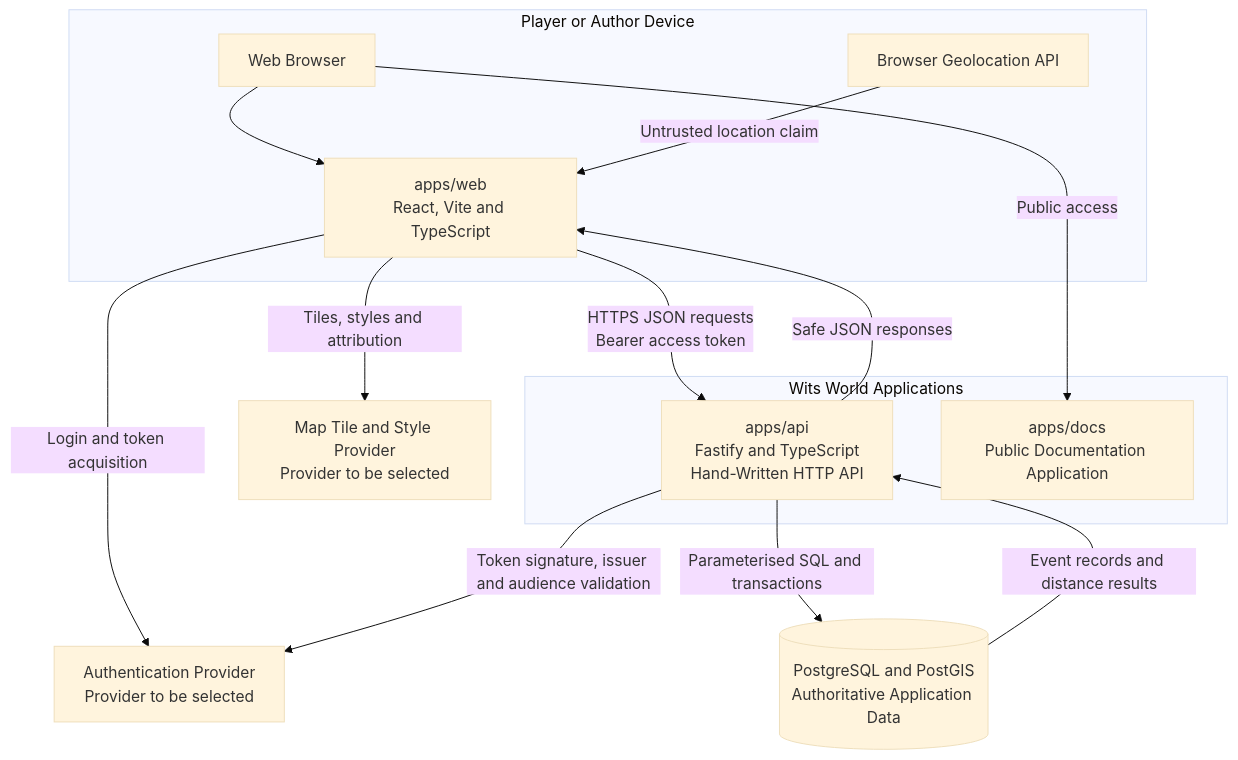
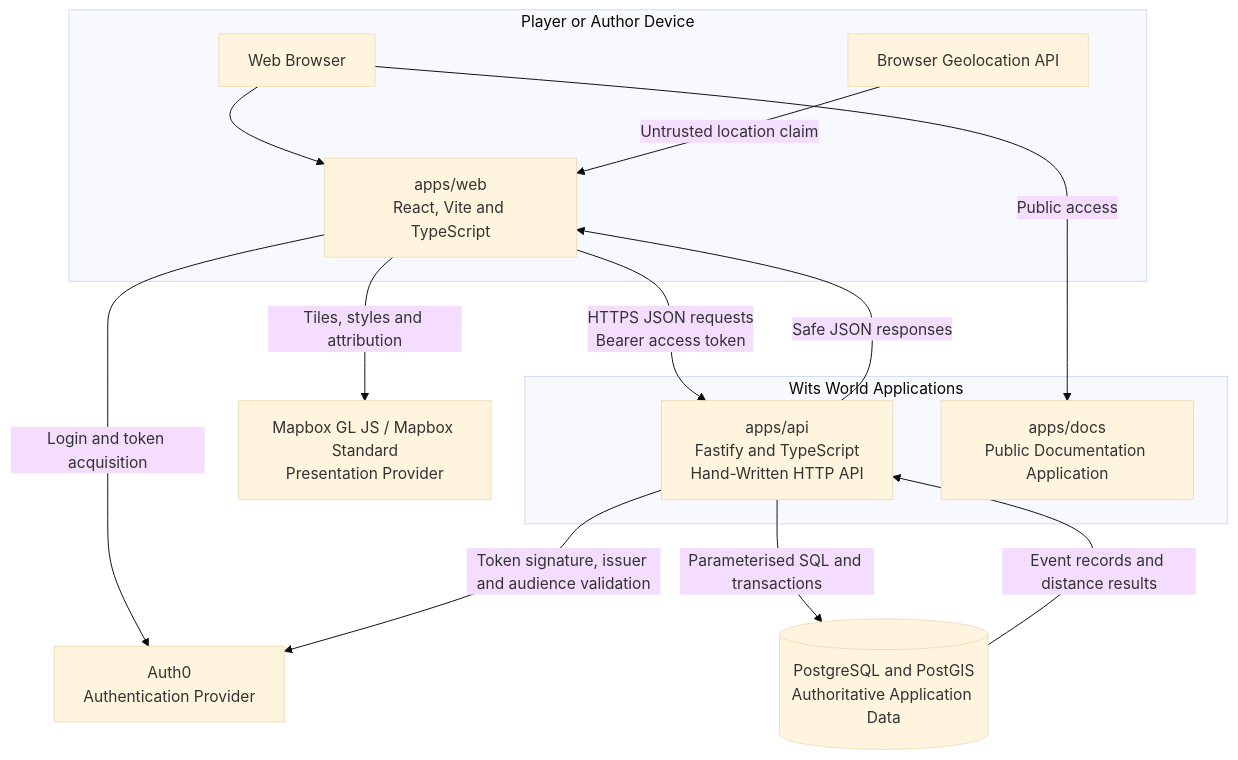
One commit to Gradient-Ascenders/Wits-World changed the diagram in docs/architecture/diagrams/application-containers.md. Above: the diagram before and after it, drawn with Mermaid (base theme). The commit also changed other lines of this file and 12 other files, not shown here.

````diff
--- a/docs/architecture/diagrams/application-containers.md
+++ b/docs/architecture/diagrams/application-containers.md
@@ -6,33 +6,33 @@
 ```mermaid
 flowchart TB
     subgraph Device["Player or Author Device"]
         Browser["Web Browser"]
         Geo["Browser Geolocation API"]
         Web["apps/web<br/>React, Vite and TypeScript"]
 
         Browser --> Web
         Geo -->|"Untrusted location claim"| Web
     end
 
     subgraph Applications["Wits World Applications"]
         API["apps/api<br/>Fastify and TypeScript<br/>Hand-Written HTTP API"]
         Docs["apps/docs<br/>Public Documentation Application"]
     end
 
     DB[("PostgreSQL and PostGIS<br/>Authoritative Application Data")]
-    Auth["Authentication Provider<br/>Provider to be selected"]
-    Map["Map Tile and Style Provider<br/>Provider to be selected"]
+    Auth["Auth0<br/>Authentication Provider"]
+    Map["Mapbox GL JS / Mapbox Standard<br/>Presentation Provider"]
 
     Web -->|"HTTPS JSON requests<br/>Bearer access token"| API
     API -->|"Safe JSON responses"| Web
 
     Web -->|"Login and token acquisition"| Auth
     API -->|"Token signature, issuer and audience validation"| Auth
 
     API -->|"Parameterised SQL and transactions"| DB
     DB -->|"Event records and distance results"| API
 
     Web -->|"Tiles, styles and attribution"| Map
 
     Browser -->|"Public access"| Docs
 ```
````
